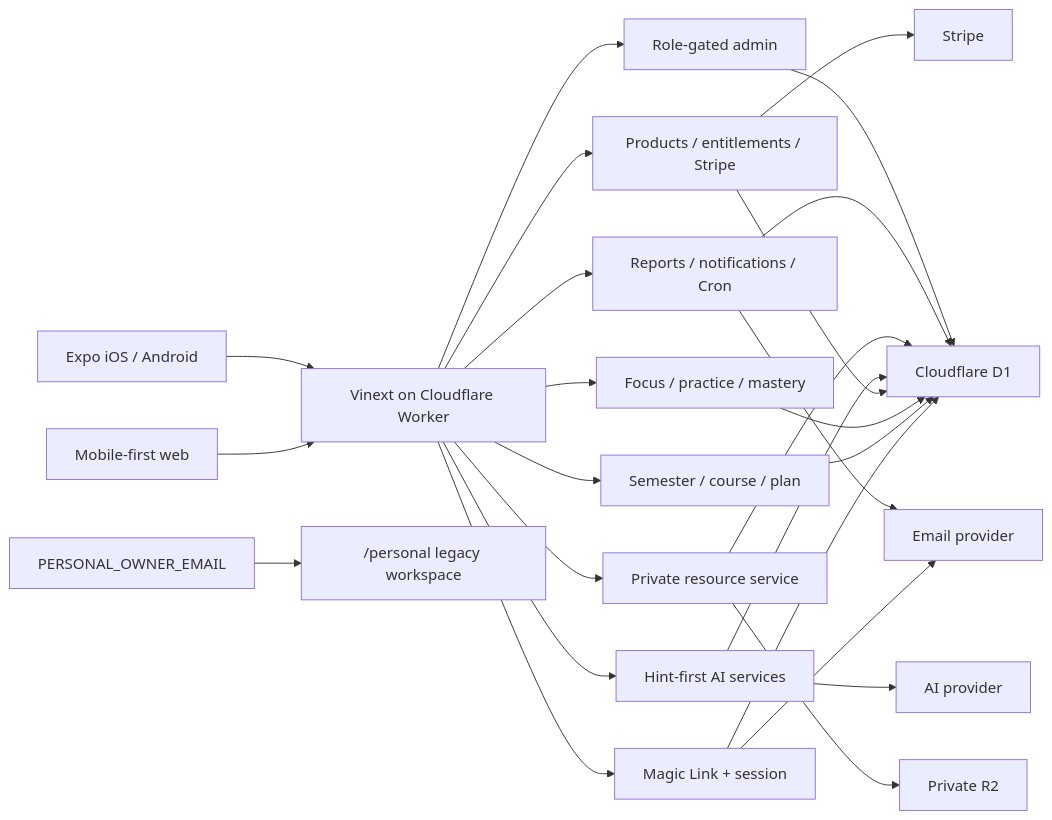
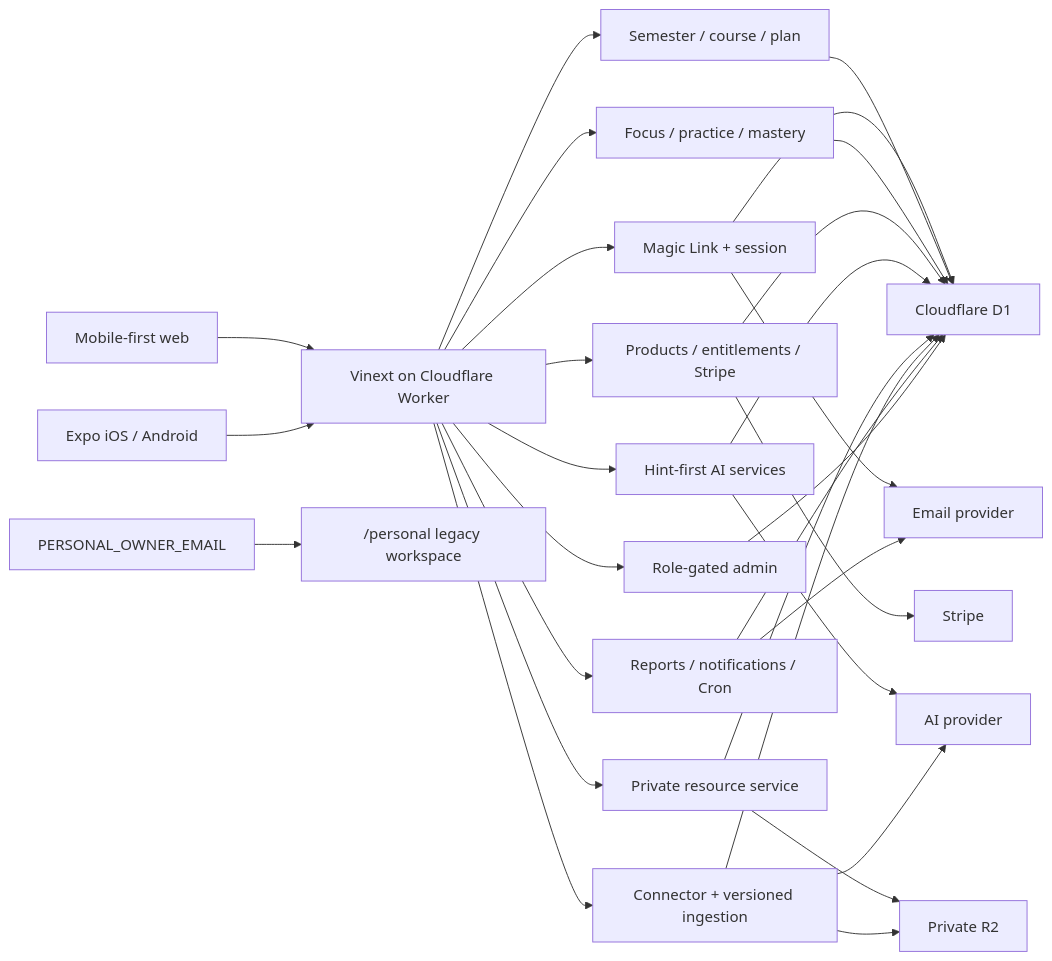
Before and after one commit to dqq12125-glitch/uts-four-course-study: the diagram in docs/ARCHITECTURE.md, drawn with Mermaid. The commit also changed other lines of this file and 179 other files, not shown here.

````diff
--- a/docs/ARCHITECTURE.md
+++ b/docs/ARCHITECTURE.md
@@ -3,27 +8,31 @@
 ```mermaid
 flowchart LR
   Web["Mobile-first web"] --> Worker["Vinext on Cloudflare Worker"]
   Native["Expo iOS / Android"] --> Worker
   Worker --> Auth["Magic Link + session"]
   Worker --> Academic["Semester / course / plan"]
   Worker --> Loop["Focus / practice / mastery"]
   Worker --> Commerce["Products / entitlements / Stripe"]
   Worker --> AI["Hint-first AI services"]
   Worker --> Resources["Private resource service"]
+  Worker --> Ingestion["Connector + versioned ingestion"]
   Worker --> Notify["Reports / notifications / Cron"]
   Worker --> Admin["Role-gated admin"]
   Auth --> D1["Cloudflare D1"]
   Academic --> D1
   Loop --> D1
   Commerce --> D1
   AI --> D1
   Resources --> D1
+  Ingestion --> D1
   Notify --> D1
   Admin --> D1
   Resources --> R2["Private R2"]
+  Ingestion --> R2
   Auth --> Email["Email provider"]
   Notify --> Email
   Commerce --> Stripe["Stripe"]
   AI --> Provider["AI provider"]
+  Ingestion --> Provider
   Owner["PERSONAL_OWNER_EMAIL"] --> Personal["/personal legacy workspace"]
 ```
````
